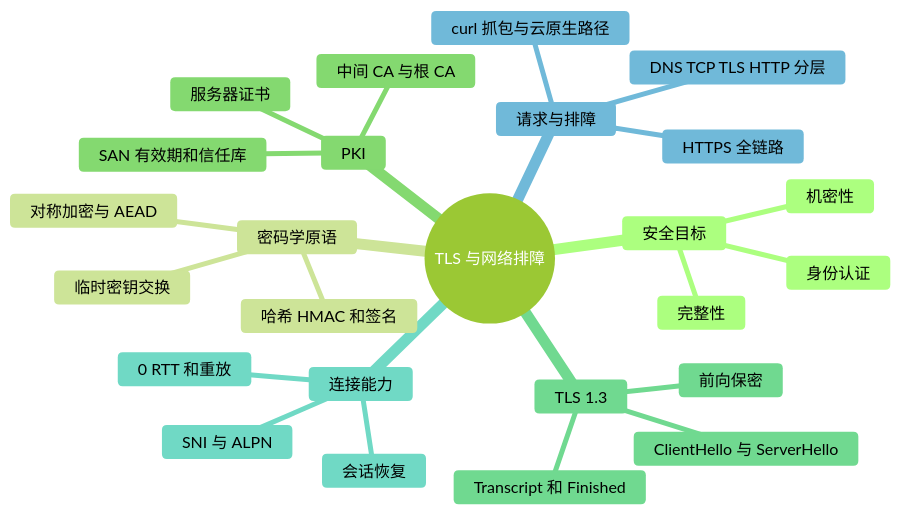
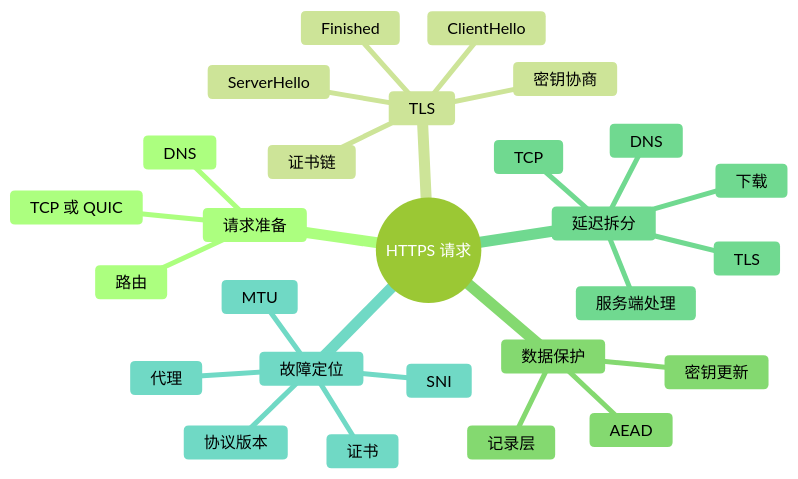
The first of 2 diagrams in 05_interview/fundamentals/cs-core/computer-network/05-tls-debugging/index.md (ranxi2001/zero2Leetcode), drawn with Mermaid (forest theme) before and after one commit. The commit also changed other lines of this file and 38 other files, not shown here.

````diff
--- a/05_interview/fundamentals/cs-core/computer-network/05-tls-debugging/index.md
+++ b/05_interview/fundamentals/cs-core/computer-network/05-tls-debugging/index.md
@@ -13,28 +17,30 @@
 ```mermaid
 mindmap
-  root((TLS 与网络排障))
-    安全目标
-      机密性
-      完整性
-      身份认证
-    密码学原语
-      对称加密与 AEAD
-      哈希 HMAC 和签名
-      临时密钥交换
-    PKI
-      服务器证书
-      中间 CA 与根 CA
-      SAN 有效期和信任库
-    TLS 1.3
-      ClientHello 与 ServerHello
-      Transcript 和 Finished
-      前向保密
-    连接能力
-      SNI 与 ALPN
-      会话恢复
-      0 RTT 和重放
-    请求与排障
-      HTTPS 全链路
-      DNS TCP TLS HTTP 分层
-      curl 抓包与云原生路径
+  root((HTTPS 请求))
+    请求准备
+      DNS
+      路由
+      TCP 或 QUIC
+    TLS
+      ClientHello
+      ServerHello
+      证书链
+      密钥协商
+      Finished
+    数据保护
+      记录层
+      AEAD
+      密钥更新
+    延迟拆分
+      DNS
+      TCP
+      TLS
+      服务端处理
+      下载
+    故障定位
+      证书
+      协议版本
+      SNI
+      代理
+      MTU
 ```
````
